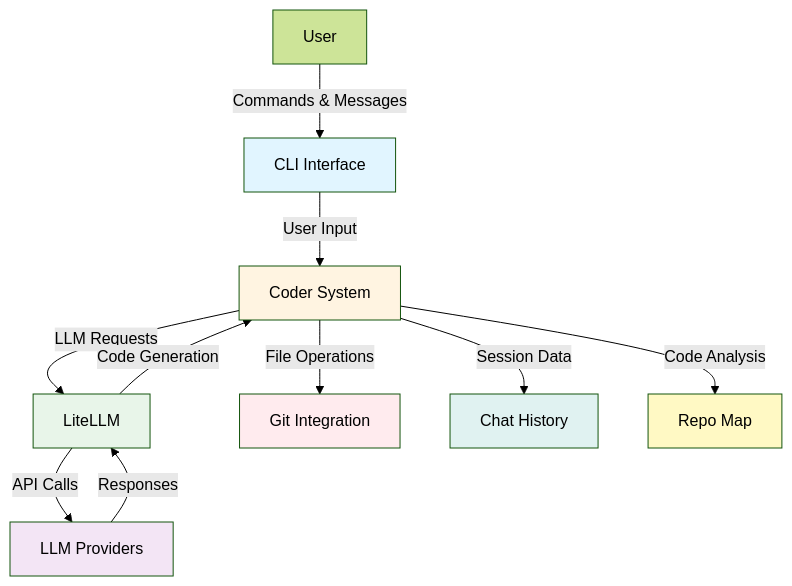
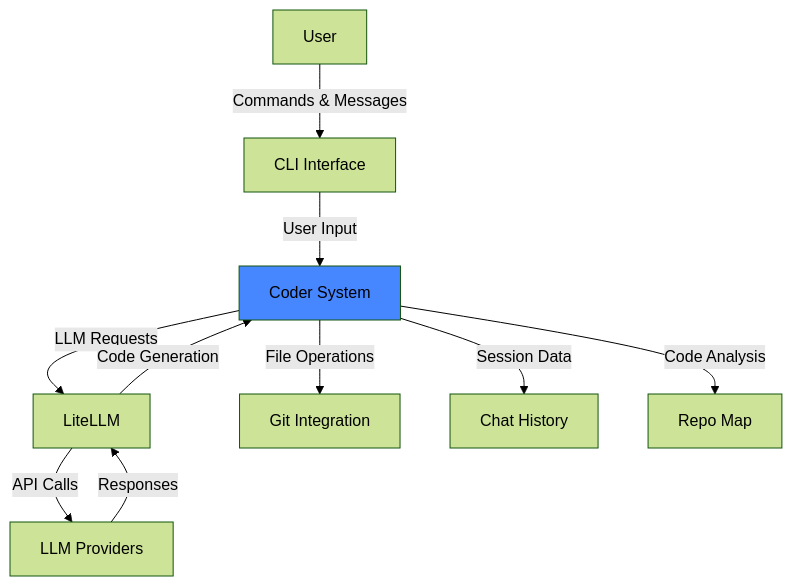
The first of 5 diagrams in docs/architecture.md (astrio-ai/l2m), drawn with Mermaid (forest theme) before and after one commit. The commit also changed other lines of this file, not shown here.

First line of the commit message:
Refactor styles in architecture documentation

````diff
--- a/docs/architecture.md
+++ b/docs/architecture.md
@@ -9,20 +9,14 @@
 ```mermaid
 graph TB
     A[User] -->|Commands & Messages| B[CLI Interface]
     B -->|User Input| C[Coder System]
     C -->|LLM Requests| D[LiteLLM]
     D -->|API Calls| E[LLM Providers]
     E -->|Responses| D
     D -->|Code Generation| C
     C -->|File Operations| F[Git Integration]
     C -->|Session Data| G[Chat History]
     C -->|Code Analysis| H[Repo Map]
     
-    style B fill:#e1f5ff
-    style C fill:#fff4e1
-    style D fill:#e8f5e9
-    style E fill:#f3e5f5
-    style F fill:#ffebee
-    style G fill:#e0f2f1
-    style H fill:#fff9c4
+    style C fill:#4686ff
 ```
````
